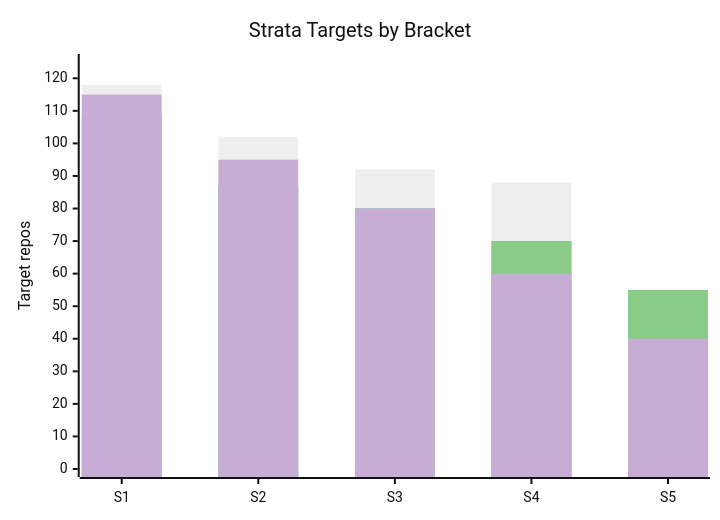
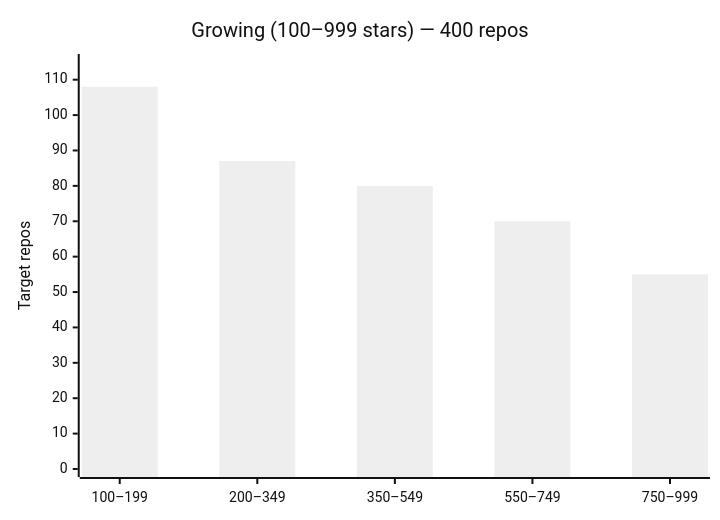
The third of 11 diagrams in docs/calibrate-diversity.md (arun-gupta/repo-pulse), drawn with Mermaid before and after one commit. The commit also changed other lines of this file, not shown here.

First line of the commit message:
Replace strata tables and broken grouped chart with per-bracket charts

````diff
--- a/docs/calibrate-diversity.md
+++ b/docs/calibrate-diversity.md
@@ -80,14 +49,11 @@
 ```mermaid
 ---
 config:
   theme: neutral
 ---
 xychart-beta
-  title "Strata Targets by Bracket"
-  x-axis ["S1", "S2", "S3", "S4", "S5"]
-  y-axis "Target repos" 0 --> 125
-  bar "Emerging" [118, 102, 92, 88, 0]
-  bar "Growing" [108, 87, 80, 70, 55]
-  bar "Established" [108, 87, 80, 70, 55]
-  bar "Popular" [115, 95, 80, 60, 40]
+  title "Growing (100–999 stars) — 400 repos"
+  x-axis ["100–199", "200–349", "350–549", "550–749", "750–999"]
+  y-axis "Target repos" 0 --> 115
+  bar [108, 87, 80, 70, 55]
 ```
````
